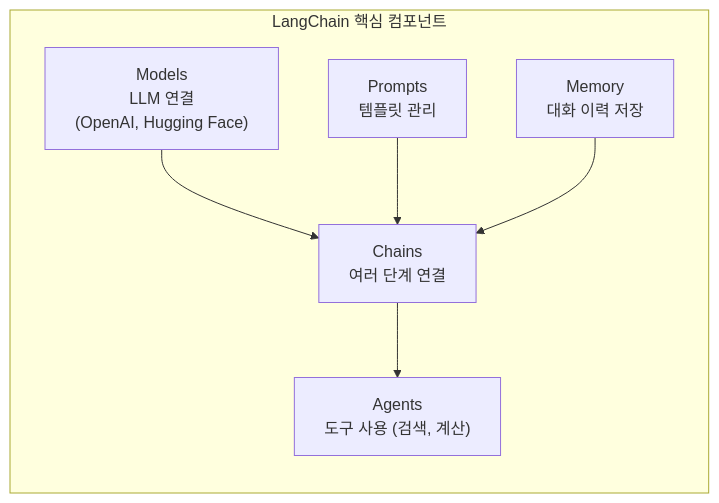
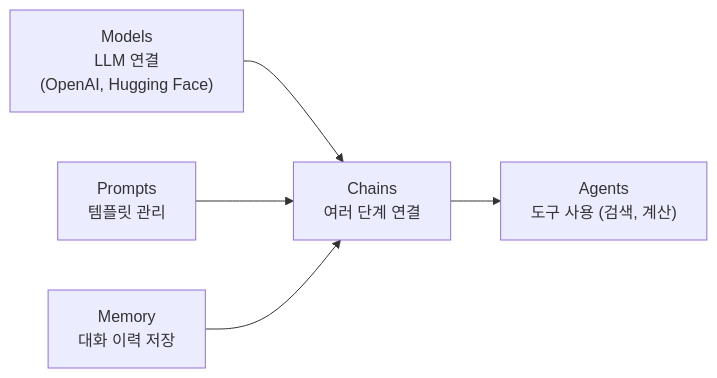
Before and after one commit to jingu279/Document: the sixth of 16 diagrams in ai-programming/03_딥러닝/04_생성형_AI.md, drawn with Mermaid. The commit also changed other lines of this file and 9 other files, not shown here.

Commit message:
Fix all broken Mermaid diagrams across AI book (cross-subgraph connections, reserved keywords, duplicate nodes)

````diff
--- a/ai-programming/03_딥러닝/04_생성형_AI.md
+++ b/ai-programming/03_딥러닝/04_생성형_AI.md
@@ -226,15 +347,13 @@
 ```mermaid
 flowchart LR
-  subgraph LangChain_Components[LangChain 핵심 컴포넌트]
-    Models["Models<br/>LLM 연결<br/>(OpenAI, Hugging Face)"]
-    Prompts["Prompts<br/>템플릿 관리"]
-    Chains["Chains<br/>여러 단계 연결"]
-    Agents["Agents<br/>도구 사용 (검색, 계산)"]
-    Memory["Memory<br/>대화 이력 저장"]
-  end
+  Models["Models<br/>LLM 연결<br/>(OpenAI, Hugging Face)"]
+  Prompts["Prompts<br/>템플릿 관리"]
+  Chains["Chains<br/>여러 단계 연결"]
+  Agents["Agents<br/>도구 사용 (검색, 계산)"]
+  Memory["Memory<br/>대화 이력 저장"]
 
   Models --> Chains
   Prompts --> Chains
   Chains --> Agents
   Memory --> Chains
 ```
````
